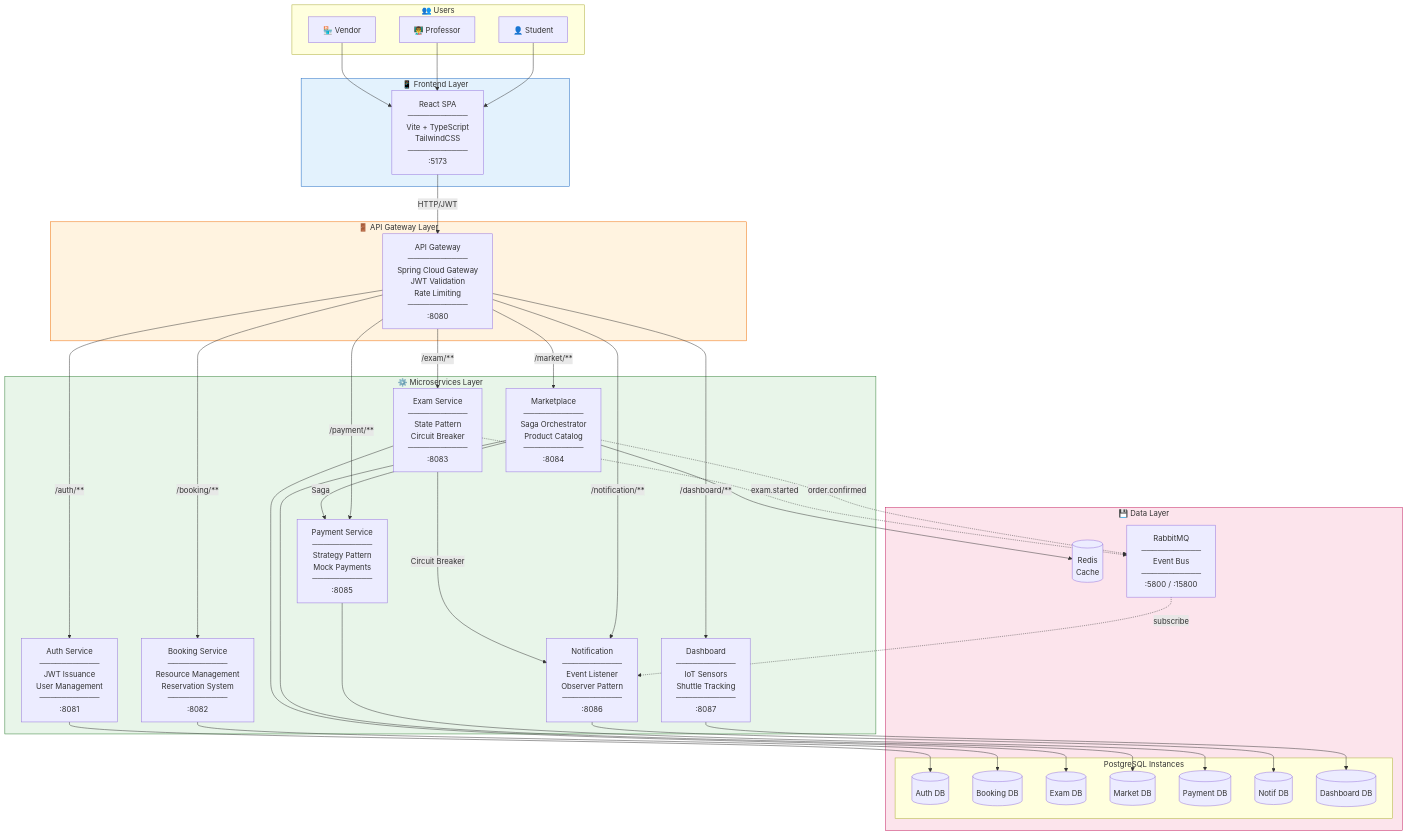
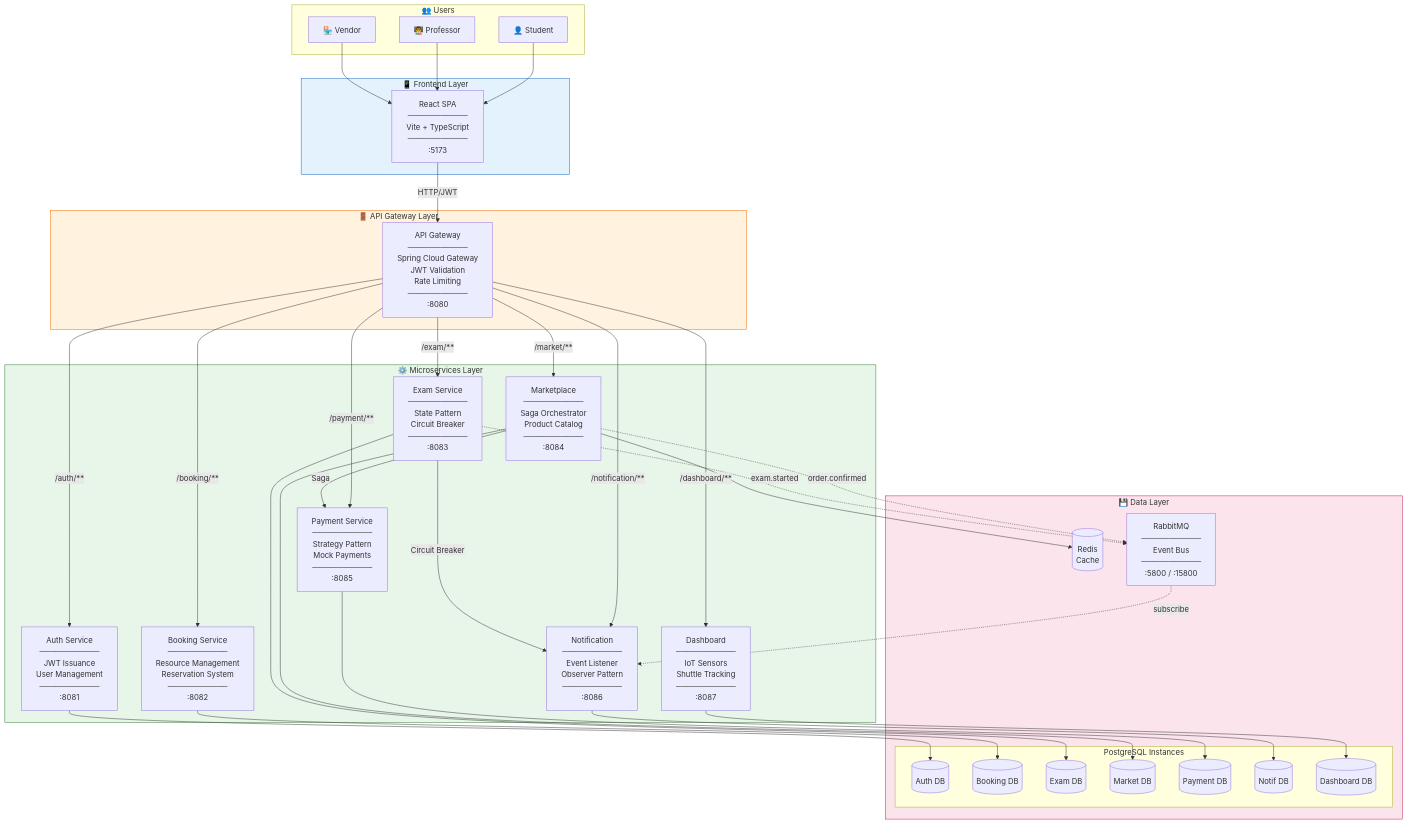
The diagram in docs/diagrams/c4-container.md (Navidtor/Smart_University_Platform_new), drawn with Mermaid before and after one commit.

Commit message:
Remove TailwindCSS mention from container diagram

```diff
--- a/docs/diagrams/c4-container.md
+++ b/docs/diagrams/c4-container.md
@@ -14,7 +14,7 @@
     end
 
     subgraph Frontend["📱 Frontend Layer"]
-        SPA["React SPA<br/>───────────<br/>Vite + TypeScript<br/>TailwindCSS<br/>───────────<br/>:5173"]
+        SPA["React SPA<br/>───────────<br/>Vite + TypeScript<br/>───────────<br/>:5173"]
     end
 
     subgraph Gateway["🚪 API Gateway Layer"]
```
